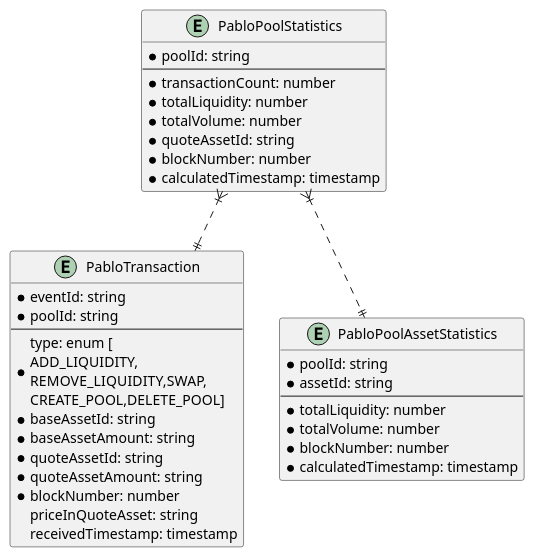
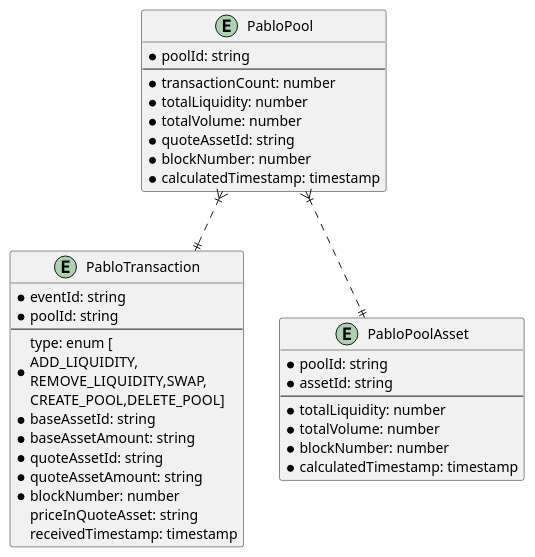
Before and after one commit to ComposableFi/composable: the first of 2 diagrams in subsquid/design.adoc, drawn with PlantUML. The commit also changed other lines of this file and 13 other files, not shown here.

Commit message:
Commit schema

```diff
--- a/subsquid/design.adoc
+++ b/subsquid/design.adoc
@@ -29,40 +29,40 @@
 [plantuml,images/pablo-squid-entities,png]
 ----
 entity PabloTransaction {
     * eventId: string
     * poolId: string
     --
     * type: enum [\nADD_LIQUIDITY,\nREMOVE_LIQUIDITY,SWAP,\nCREATE_POOL,DELETE_POOL]
     * baseAssetId: string
     * baseAssetAmount: string
     * quoteAssetId: string
     * quoteAssetAmount: string
     * blockNumber: number
     priceInQuoteAsset: string
     receivedTimestamp: timestamp
 }
 
-entity PabloPoolStatistics {
+entity PabloPool {
     * poolId: string
     --
     * transactionCount: number
     * totalLiquidity: number
     * totalVolume: number
     * quoteAssetId: string
     * blockNumber: number
     * calculatedTimestamp: timestamp
 }
 
-entity PabloPoolAssetStatistics {
+entity PabloPoolAsset {
     * poolId: string
     * assetId: string
     --
     * totalLiquidity: number
     * totalVolume: number
     * blockNumber: number
     * calculatedTimestamp: timestamp
 }
 
-PabloPoolStatistics }|..|| PabloTransaction
-PabloPoolStatistics }|..|| PabloPoolAssetStatistics
+PabloPool }|..|| PabloTransaction
+PabloPool }|..|| PabloPoolAsset
 ----
```
